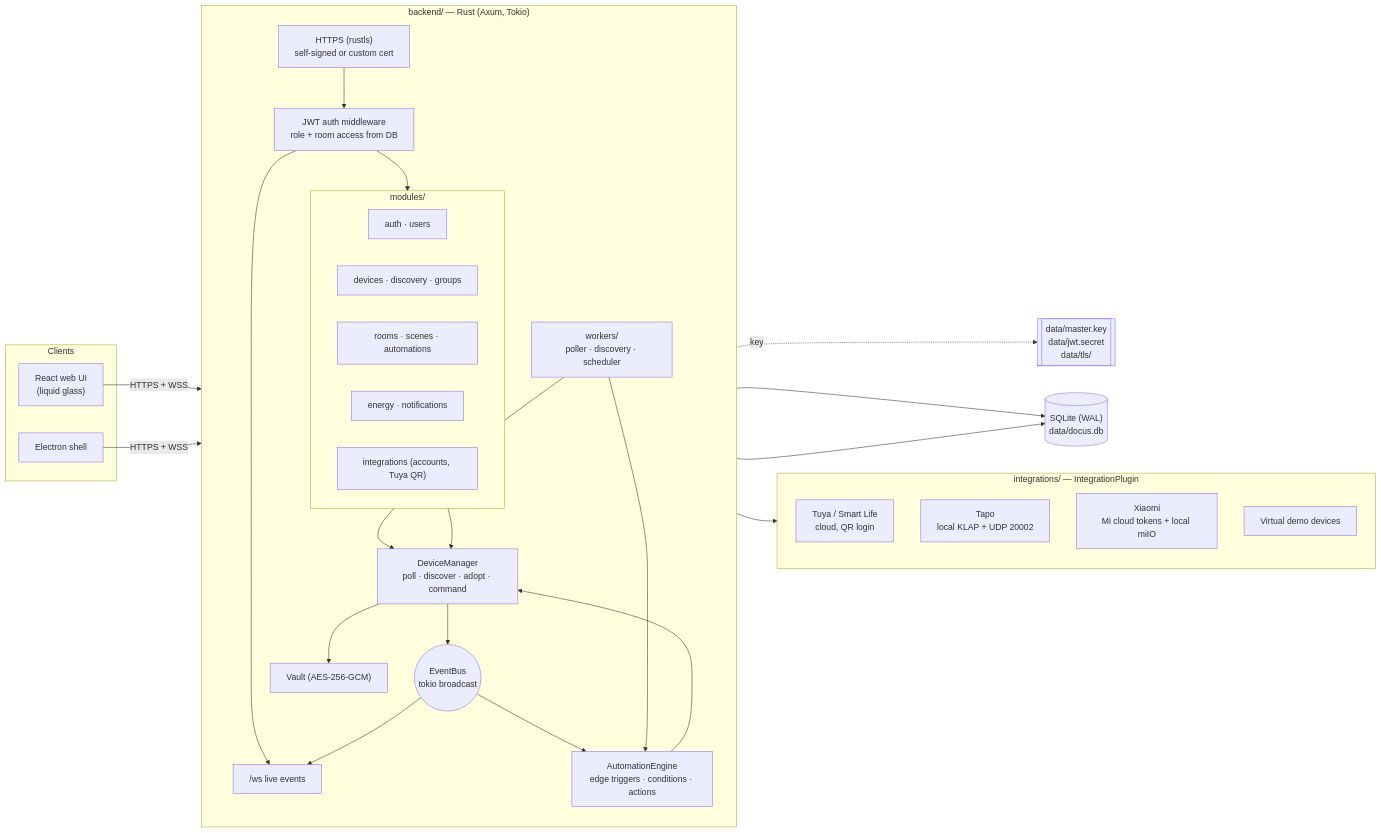
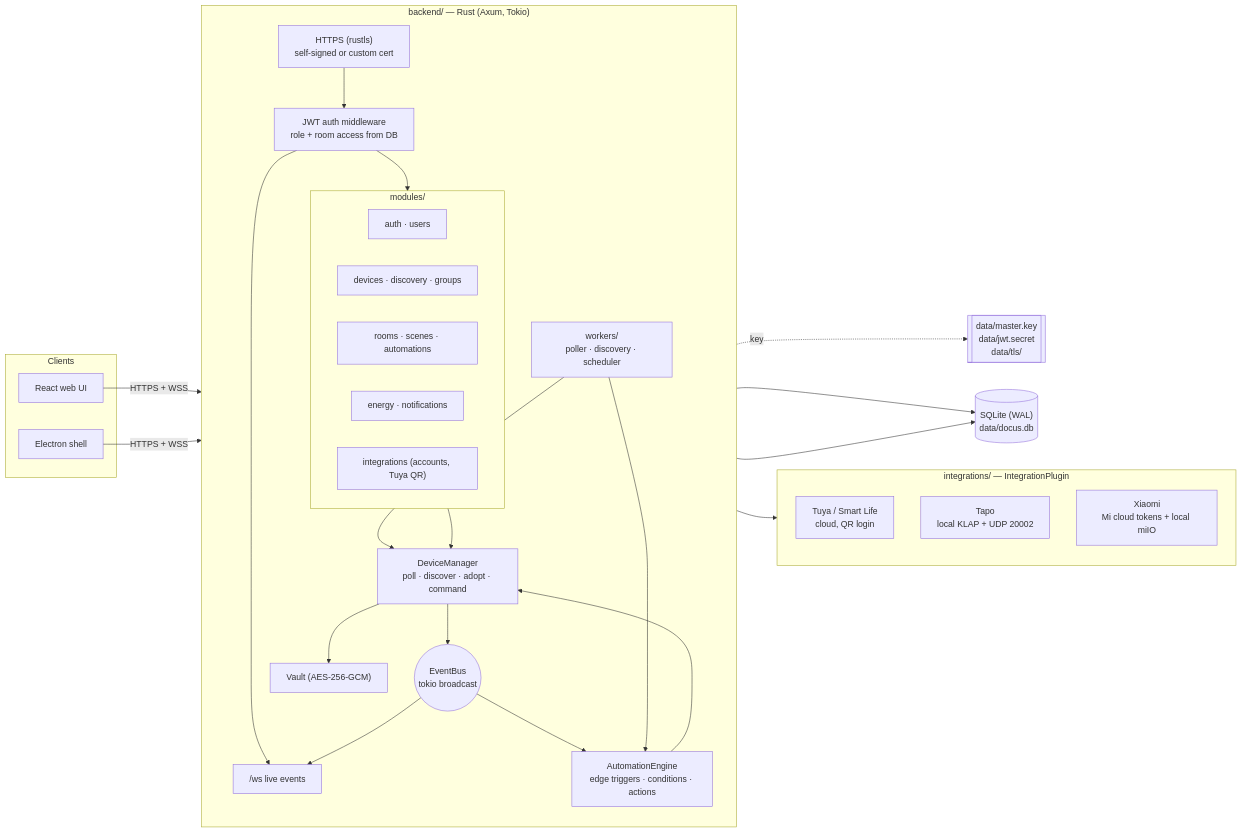
Before and after one commit to aiyu-ayaan/Domus: the first of 8 diagrams in development/docs/ARCHITECTURE.md, drawn with Mermaid. The commit also changed other lines of this file and 3 other files, not shown here.

Commit message:
docs(Design) : point UI work at the design profile and drop demo devices

````diff
--- a/development/docs/ARCHITECTURE.md
+++ b/development/docs/ARCHITECTURE.md
@@ -10,50 +10,49 @@
 ```mermaid
 flowchart LR
     subgraph Clients
-        Web["React web UI<br/>(liquid glass)"]
+        Web["React web UI"]
         Desk["Electron shell"]
     end
 
     subgraph Server["backend/ — Rust (Axum, Tokio)"]
         direction TB
         TLS["HTTPS (rustls)<br/>self-signed or custom cert"]
         Auth["JWT auth middleware<br/>role + room access from DB"]
         subgraph Modules["modules/"]
             M1["auth · users"]
             M2["devices · discovery · groups"]
             M3["rooms · scenes · automations"]
             M4["energy · notifications"]
             M5["integrations (accounts, Tuya QR)"]
         end
         WS["/ws live events"]
         Mgr["DeviceManager<br/>poll · discover · adopt · command"]
         Engine["AutomationEngine<br/>edge triggers · conditions · actions"]
         Bus(("EventBus<br/>tokio broadcast"))
         Workers["workers/<br/>poller · discovery · scheduler"]
         Vault["Vault (AES-256-GCM)"]
     end
 
     subgraph Plugins["integrations/ — IntegrationPlugin"]
         Tuya["Tuya / Smart Life<br/>cloud, QR login"]
         Tapo["Tapo<br/>local KLAP + UDP 20002"]
         Xiaomi["Xiaomi<br/>Mi cloud tokens + local miIO"]
-        Virtual["Virtual demo devices"]
     end
 
     DB[("SQLite (WAL)<br/>data/docus.db")]
     Key[["data/master.key<br/>data/jwt.secret<br/>data/tls/"]]
 
     Web & Desk -->|HTTPS + WSS| TLS --> Auth --> Modules
     Auth --> WS
     Modules --> Mgr
     Modules --> DB
     Mgr --> Plugins
     Mgr --> Bus
     Mgr --> Vault
     Vault -.key.-> Key
     Bus --> Engine --> Mgr
     Bus --> WS
     Workers --> Mgr
     Workers --> Engine
     Mgr --> DB
 ```
````
